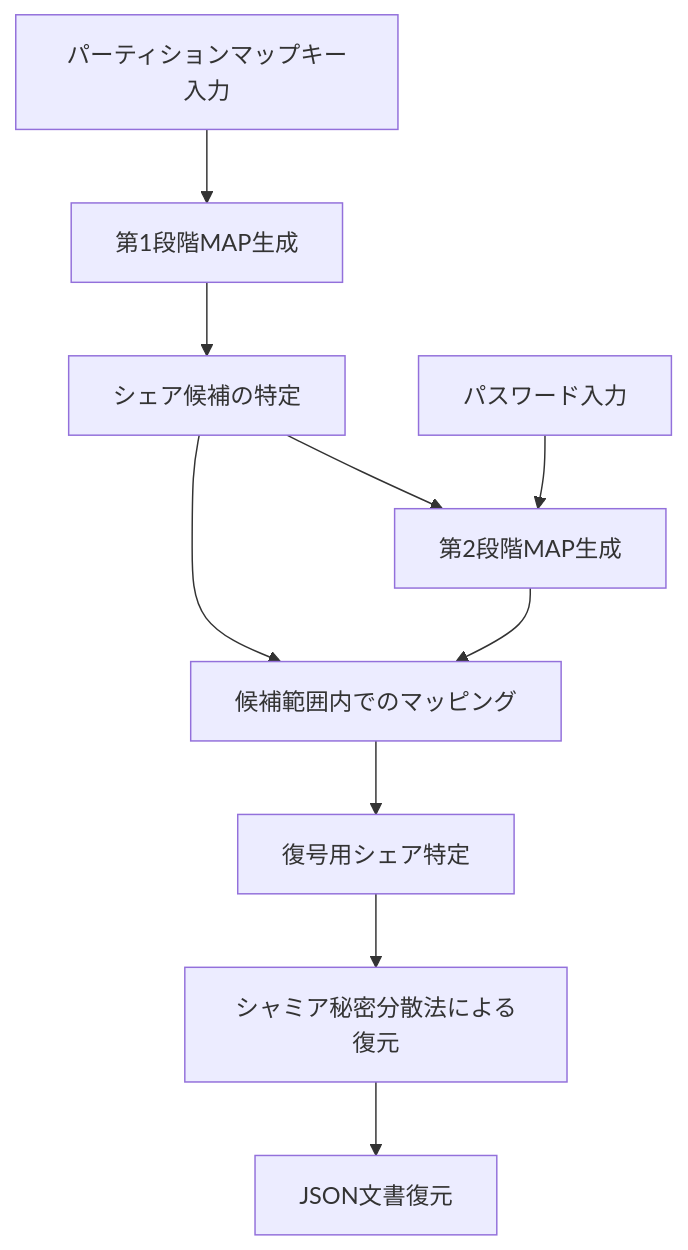
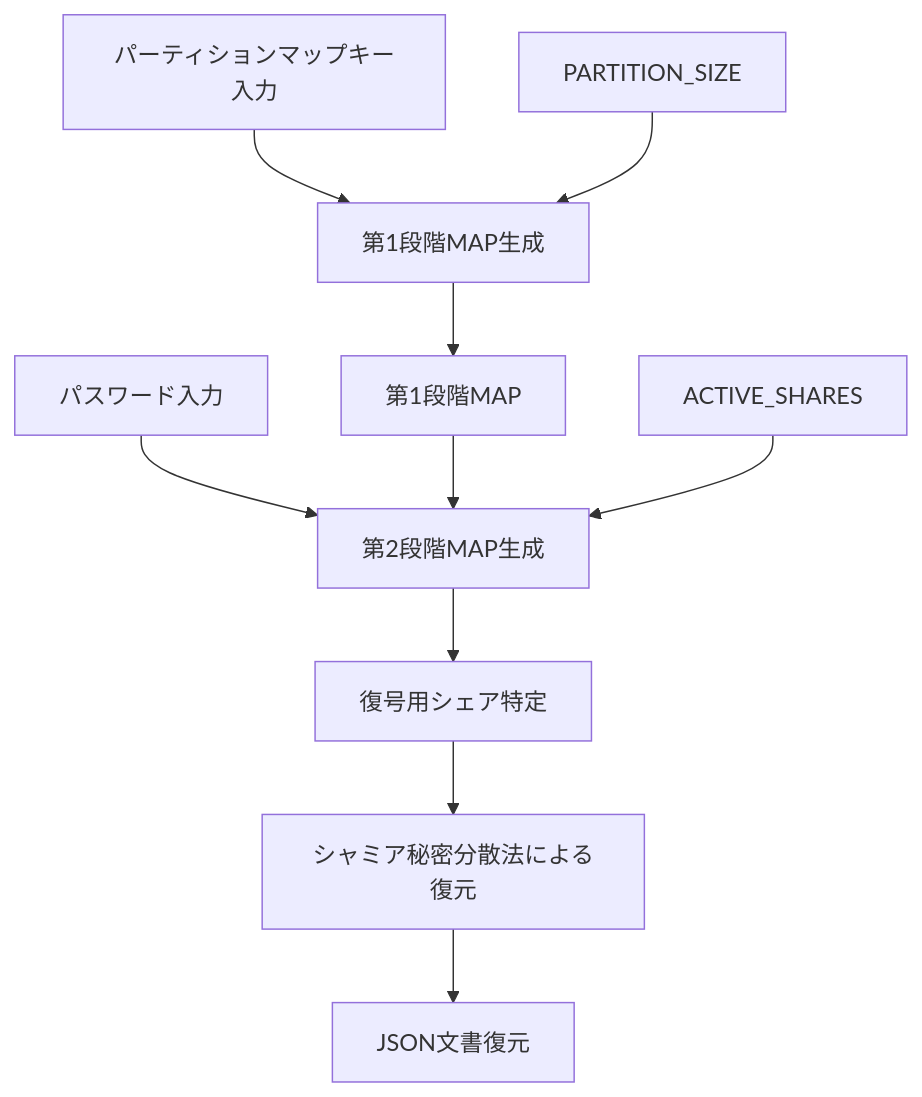
One commit to pacific-system/secret-sharing-demos-20250510 changed the second of 2 diagrams in method_13_shamir_multi_plaintext_system/design/02_architecture.md. Above: the diagram before and after it, drawn with Mermaid. The commit also changed other lines of this file and 21 other files, not shown here.

````diff
--- a/method_13_shamir_multi_plaintext_system/design/02_architecture.md
+++ b/method_13_shamir_multi_plaintext_system/design/02_architecture.md
@@ -57,12 +59,12 @@
 ```mermaid
 graph TD
     A[パーティションマップキー入力] --> B[第1段階MAP生成]
-    B --> E[シェア候補の特定]
+    PS[PARTITION_SIZE] --> B
+    B --> E[第1段階MAP]
     C[パスワード入力] --> D[第2段階MAP生成]
     E --> D
-    E --> F[候補範囲内でのマッピング]
-    D --> F
-    F --> G[復号用シェア特定]
+    AS[ACTIVE_SHARES] --> D
+    D --> G[復号用シェア特定]
     G --> H[シャミア秘密分散法による復元]
     H --> I[JSON文書復元]
 ```
````
